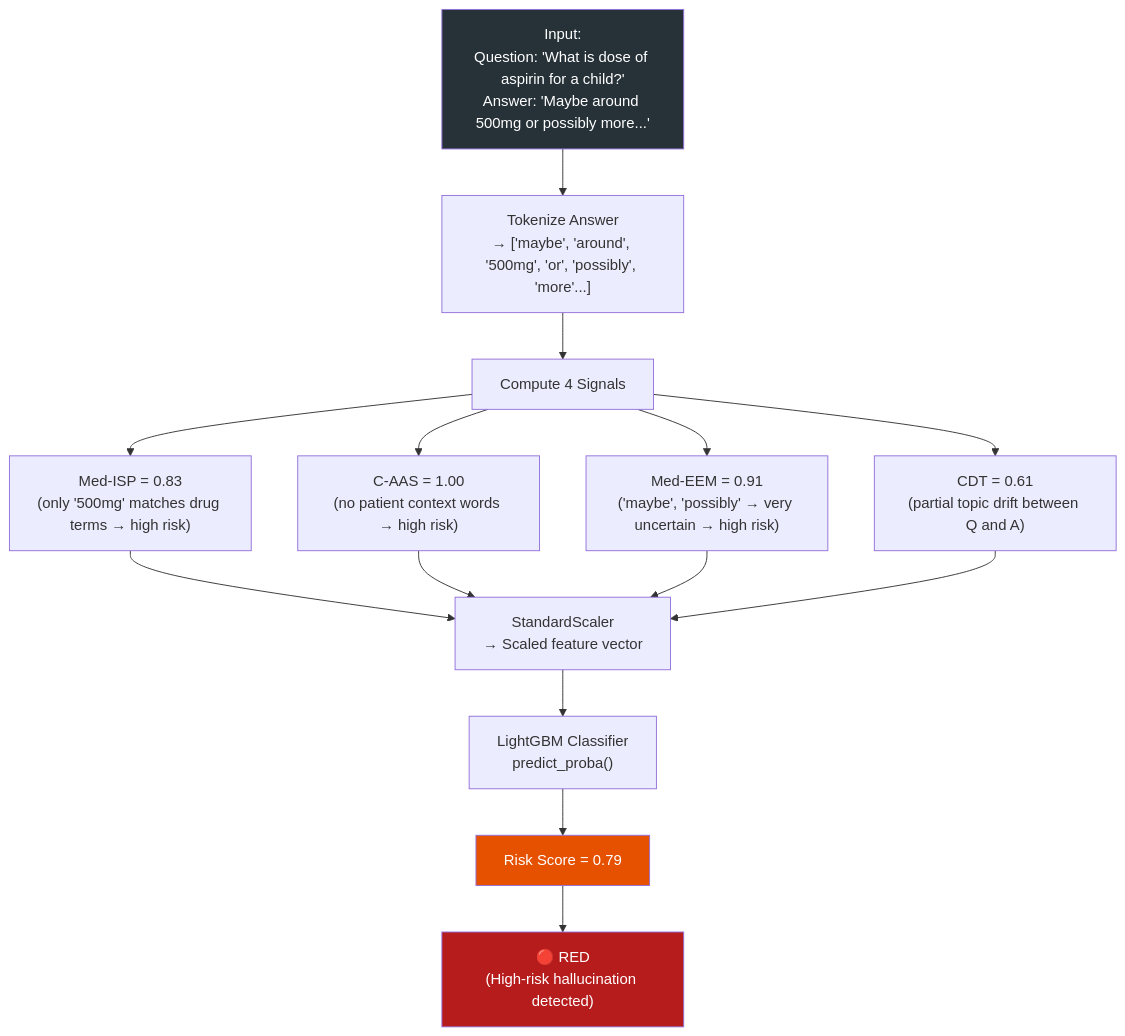
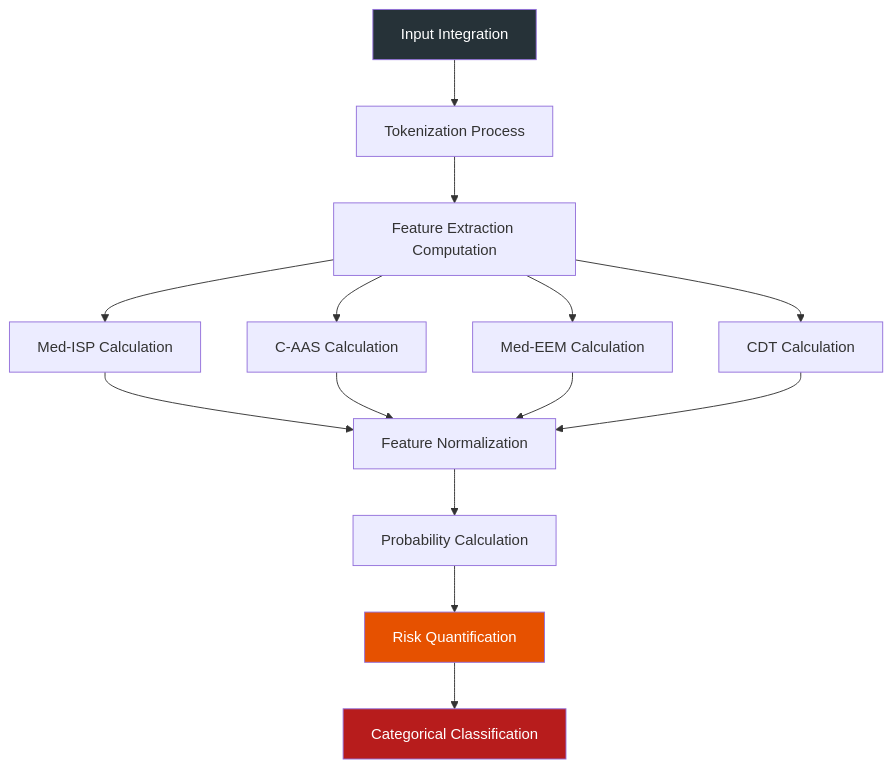
One commit to yogeshravi19/cliniguard changed diagram 12 of 19 in CLINIGUARD_Project_Documentation_Report.md. Above: the diagram before and after it, drawn with Mermaid. The commit also changed other lines of this file and 1 other file, not shown here.

````diff
--- a/CLINIGUARD_Project_Documentation_Report.md
+++ b/CLINIGUARD_Project_Documentation_Report.md
@@ -582,17 +550,17 @@
 ```mermaid
 flowchart TD
-    IN["Input:\nQuestion: 'What is dose of aspirin for a child?'\nAnswer: 'Maybe around 500mg or possibly more...'"] --> T1["Tokenize Answer\n→ ['maybe', 'around', '500mg', 'or', 'possibly', 'more'...]"]
-    T1 --> SIG["Compute 4 Signals"]
-    SIG --> S1["Med-ISP = 0.83\n(only '500mg' matches drug terms → high risk)"]
-    SIG --> S2["C-AAS = 1.00\n(no patient context words → high risk)"]
-    SIG --> S3["Med-EEM = 0.91\n('maybe', 'possibly' → very uncertain → high risk)"]
-    SIG --> S4["CDT = 0.61\n(partial topic drift between Q and A)"]
-    S1 & S2 & S3 & S4 --> SCALE["StandardScaler\n→ Scaled feature vector"]
-    SCALE --> LGBM["LightGBM Classifier\npredict_proba()"]
-    LGBM --> PROB["Risk Score = 0.79"]
-    PROB --> LABEL["🔴 RED\n(High-risk hallucination detected)"]
+    IN["Input Integration"] --> T1["Tokenization Process"]
+    T1 --> SIG["Feature Extraction Computation"]
+    SIG --> S1["Med-ISP Calculation"]
+    SIG --> S2["C-AAS Calculation"]
+    SIG --> S3["Med-EEM Calculation"]
+    SIG --> S4["CDT Calculation"]
+    S1 & S2 & S3 & S4 --> SCALE["Feature Normalization"]
+    SCALE --> LGBM["Probability Calculation"]
+    LGBM --> PROB["Risk Quantification"]
+    PROB --> LABEL["Categorical Classification"]
 
     style IN fill:#263238,color:#fff
     style LABEL fill:#b71c1c,color:#fff
     style PROB fill:#e65100,color:#fff
 ```
````
